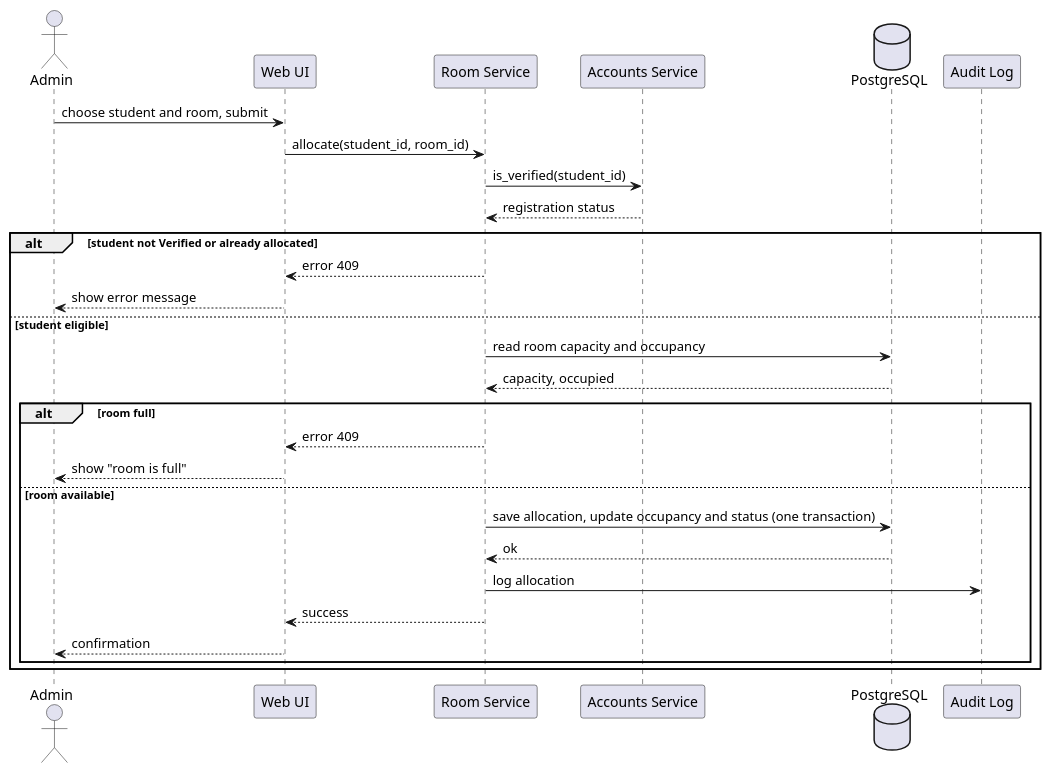
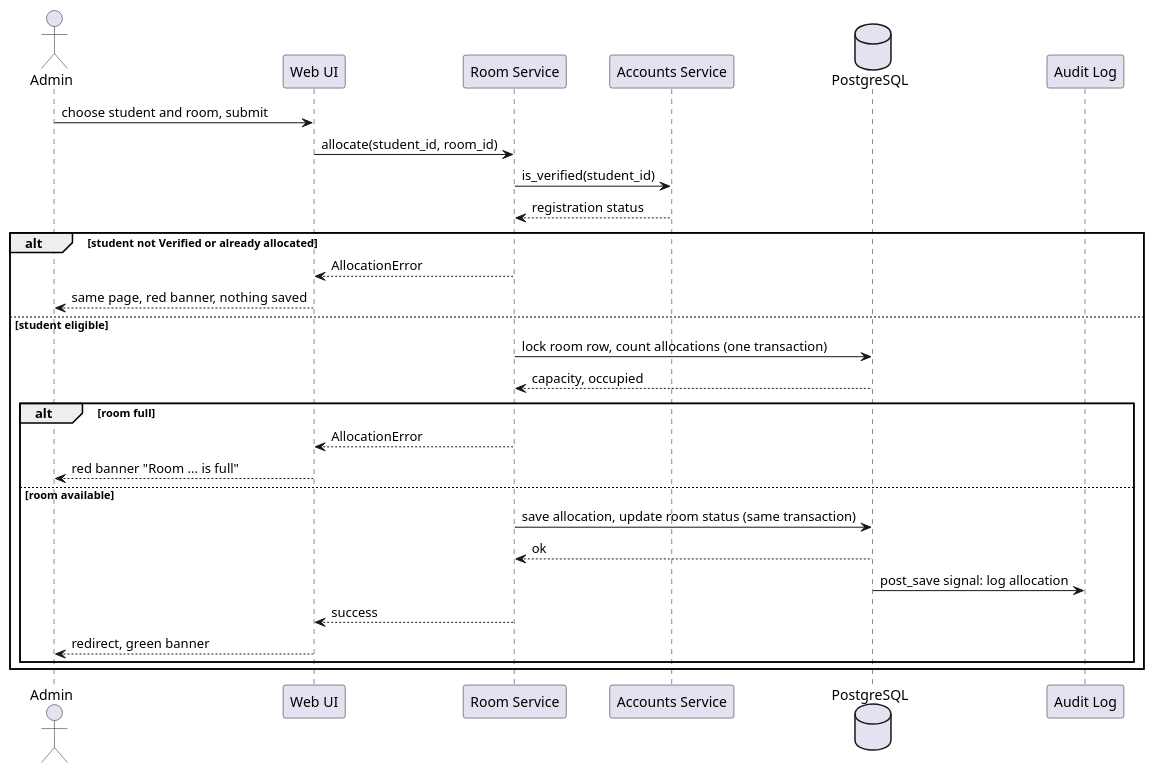
One commit to Hostel-Management-System-PES/SE-Jackfruit-Hostel-Management-System changed the diagram in docs/diagrams/seq_allocate_room.puml. Above: the diagram before and after it, drawn with PlantUML. The commit also changed 10 other files, not shown here.

Commit message:
Docs: final SRS, SAD and STP after Sprint 2, with updated diagrams

```diff
--- a/docs/diagrams/seq_allocate_room.puml
+++ b/docs/diagrams/seq_allocate_room.puml
@@ -1,29 +1,29 @@
 @startuml
 actor Admin
 participant "Web UI" as UI
 participant "Room Service" as ROOM
 participant "Accounts Service" as ACC
 database "PostgreSQL" as DB
 participant "Audit Log" as LOG
 Admin -> UI: choose student and room, submit
 UI -> ROOM: allocate(student_id, room_id)
 ROOM -> ACC: is_verified(student_id)
 ACC --> ROOM: registration status
 alt student not Verified or already allocated
-  ROOM --> UI: error 409
-  UI --> Admin: show error message
+  ROOM --> UI: AllocationError
+  UI --> Admin: same page, red banner, nothing saved
 else student eligible
-  ROOM -> DB: read room capacity and occupancy
+  ROOM -> DB: lock room row, count allocations (one transaction)
   DB --> ROOM: capacity, occupied
   alt room full
-    ROOM --> UI: error 409
-    UI --> Admin: show "room is full"
+    ROOM --> UI: AllocationError
+    UI --> Admin: red banner "Room ... is full"
   else room available
-    ROOM -> DB: save allocation, update occupancy and status (one transaction)
+    ROOM -> DB: save allocation, update room status (same transaction)
     DB --> ROOM: ok
-    ROOM -> LOG: log allocation
+    DB -> LOG: post_save signal: log allocation
     ROOM --> UI: success
-    UI --> Admin: confirmation
+    UI --> Admin: redirect, green banner
   end
 end
 @enduml
```
